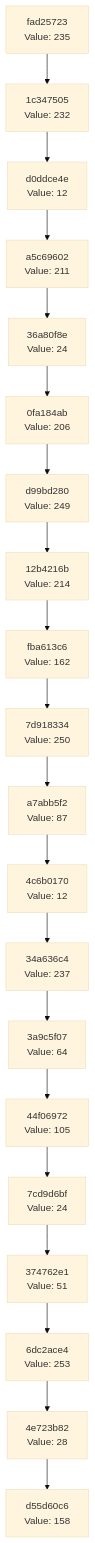
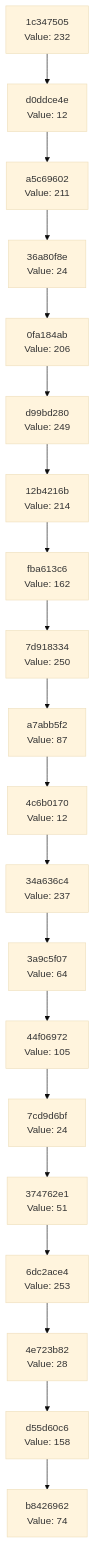
Before and after one commit to Abhisheksinha1506/hash-chain-evolver: the diagram in docs/CHAIN_VISUALIZATION.md, drawn with Mermaid (base theme). The commit also changed 2 other files, not shown here.

Commit message:
Evolution Step

````diff
--- a/docs/CHAIN_VISUALIZATION.md
+++ b/docs/CHAIN_VISUALIZATION.md
@@ -3,42 +3,42 @@
 ```mermaid
 graph TD
-    C0["d55d60c6<br/>Value: 158"]
-    C1["4e723b82<br/>Value: 28"]
+    C0["b8426962<br/>Value: 74"]
+    C1["d55d60c6<br/>Value: 158"]
     C1 --> C0
-    C2["6dc2ace4<br/>Value: 253"]
+    C2["4e723b82<br/>Value: 28"]
     C2 --> C1
-    C3["374762e1<br/>Value: 51"]
+    C3["6dc2ace4<br/>Value: 253"]
     C3 --> C2
-    C4["7cd9d6bf<br/>Value: 24"]
+    C4["374762e1<br/>Value: 51"]
     C4 --> C3
-    C5["44f06972<br/>Value: 105"]
+    C5["7cd9d6bf<br/>Value: 24"]
     C5 --> C4
-    C6["3a9c5f07<br/>Value: 64"]
+    C6["44f06972<br/>Value: 105"]
     C6 --> C5
-    C7["34a636c4<br/>Value: 237"]
+    C7["3a9c5f07<br/>Value: 64"]
     C7 --> C6
-    C8["4c6b0170<br/>Value: 12"]
+    C8["34a636c4<br/>Value: 237"]
     C8 --> C7
-    C9["a7abb5f2<br/>Value: 87"]
+    C9["4c6b0170<br/>Value: 12"]
     C9 --> C8
-    C10["7d918334<br/>Value: 250"]
+    C10["a7abb5f2<br/>Value: 87"]
     C10 --> C9
-    C11["fba613c6<br/>Value: 162"]
+    C11["7d918334<br/>Value: 250"]
     C11 --> C10
-    C12["12b4216b<br/>Value: 214"]
+    C12["fba613c6<br/>Value: 162"]
     C12 --> C11
-    C13["d99bd280<br/>Value: 249"]
+    C13["12b4216b<br/>Value: 214"]
     C13 --> C12
-    C14["0fa184ab<br/>Value: 206"]
+    C14["d99bd280<br/>Value: 249"]
     C14 --> C13
-    C15["36a80f8e<br/>Value: 24"]
+    C15["0fa184ab<br/>Value: 206"]
     C15 --> C14
-    C16["a5c69602<br/>Value: 211"]
+    C16["36a80f8e<br/>Value: 24"]
     C16 --> C15
-    C17["d0ddce4e<br/>Value: 12"]
+    C17["a5c69602<br/>Value: 211"]
     C17 --> C16
-    C18["1c347505<br/>Value: 232"]
+    C18["d0ddce4e<br/>Value: 12"]
     C18 --> C17
-    C19["fad25723<br/>Value: 235"]
+    C19["1c347505<br/>Value: 232"]
     C19 --> C18
 ```
````
